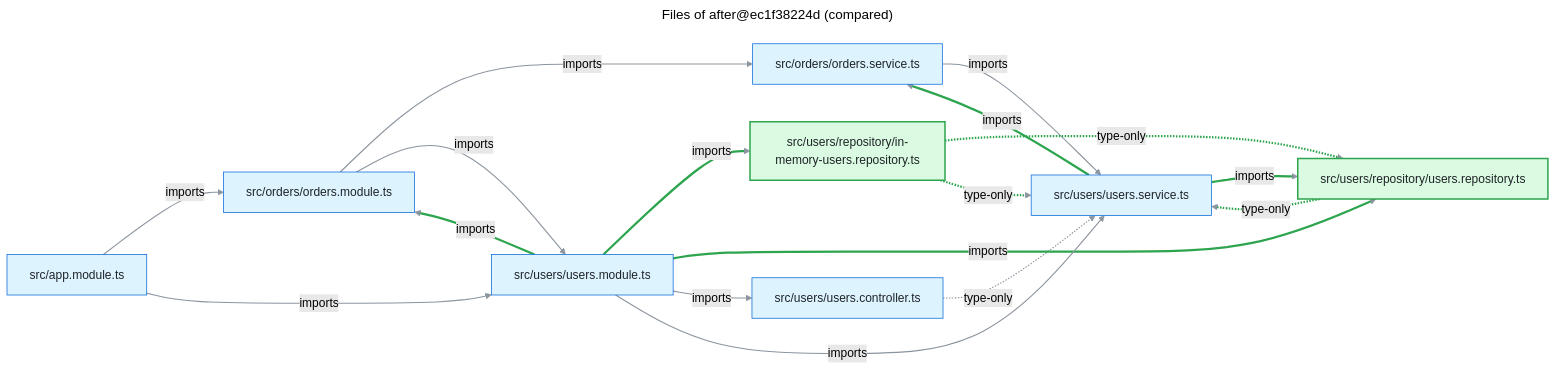
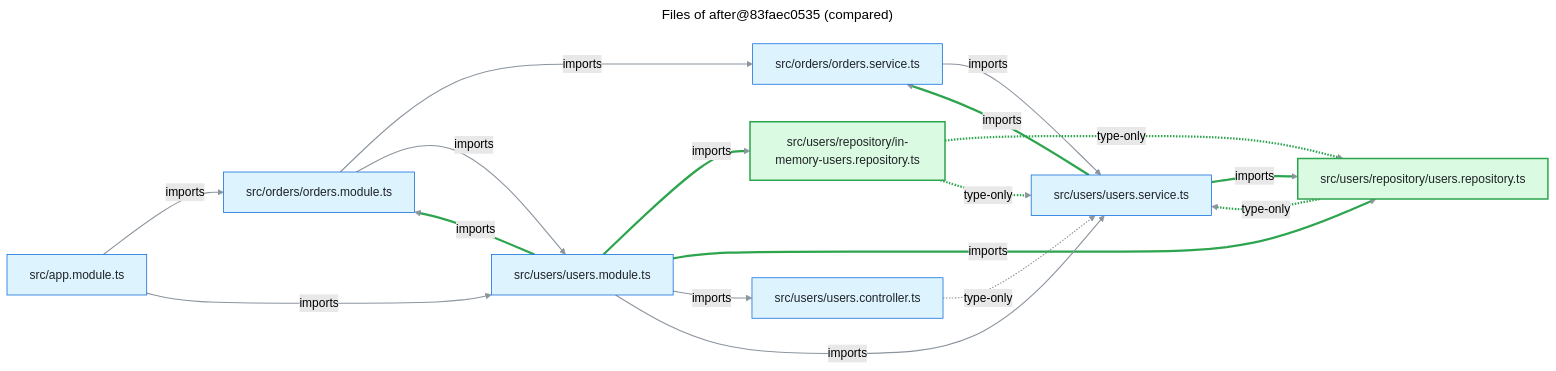
One commit to FullFran/archsieve changed the diagram in examples/nest-shop/files-compare.mmd. Above: the diagram before and after it, drawn with Mermaid (forest theme). The commit also changed 28 other files, not shown here.

```diff
--- a/examples/nest-shop/files-compare.mmd
+++ b/examples/nest-shop/files-compare.mmd
@@ -1,47 +1,47 @@
 ---
-title: "Files of after@ec1f38224d (compared)"
+title: "Files of after@83faec0535 (compared)"
 ---
 flowchart LR
   n0["src/app.module.ts"]:::code
   n1["src/orders/orders.module.ts"]:::code
   n2["src/orders/orders.service.ts"]:::code
   n3["src/users/repository/in-memory-users.repository.ts"]:::added
   n4["src/users/repository/users.repository.ts"]:::added
   n5["src/users/users.controller.ts"]:::code
   n6["src/users/users.module.ts"]:::code
   n7["src/users/users.service.ts"]:::code
   n0 -->|"imports"| n1
   n0 -->|"imports"| n6
   n1 -->|"imports"| n2
   n1 -->|"imports"| n6
   n2 -->|"imports"| n7
   n3 -.->|"type-only"| n4
   n3 -.->|"type-only"| n7
   n4 -.->|"type-only"| n7
   n5 -.->|"type-only"| n7
   n6 -->|"imports"| n1
   n6 -->|"imports"| n3
   n6 -->|"imports"| n4
   n6 -->|"imports"| n5
   n6 -->|"imports"| n7
   n7 -->|"imports"| n2
   n7 -->|"imports"| n4
   linkStyle default stroke:#8c959f,stroke-width:1.5px
   linkStyle 5 stroke:#2da44e,stroke-width:3px
   linkStyle 6 stroke:#2da44e,stroke-width:3px
   linkStyle 7 stroke:#2da44e,stroke-width:3px
   linkStyle 9 stroke:#2da44e,stroke-width:3px
   linkStyle 10 stroke:#2da44e,stroke-width:3px
   linkStyle 11 stroke:#2da44e,stroke-width:3px
   linkStyle 14 stroke:#2da44e,stroke-width:3px
   linkStyle 15 stroke:#2da44e,stroke-width:3px
   classDef code fill:#ddf4ff,stroke:#0969da,color:#1f2328
   classDef external fill:#fff8c5,stroke:#9a6700,color:#1f2328
   classDef module fill:#fbefff,stroke:#8250df,color:#1f2328
   classDef added fill:#dafbe1,stroke:#2da44e,stroke-width:2px,color:#1f2328
   classDef removed fill:#ffebe9,stroke:#cf222e,stroke-dasharray:4 3,color:#1f2328
   classDef boundary fill:#f6f8fa,stroke:#57606a,stroke-dasharray:6 4,color:#1f2328
   classDef container fill:#ddf4ff,stroke:#0969da,stroke-width:2px,color:#1f2328
   classDef unverified fill:#ffffff,stroke:#0969da,stroke-width:2px,stroke-dasharray:5 3,color:#1f2328
   classDef undeclared fill:#fff1e5,stroke:#bc4c00,stroke-width:2px,color:#1f2328
   classDef focus fill:#ddf4ff,stroke:#0969da,stroke-width:4px,color:#1f2328
```
